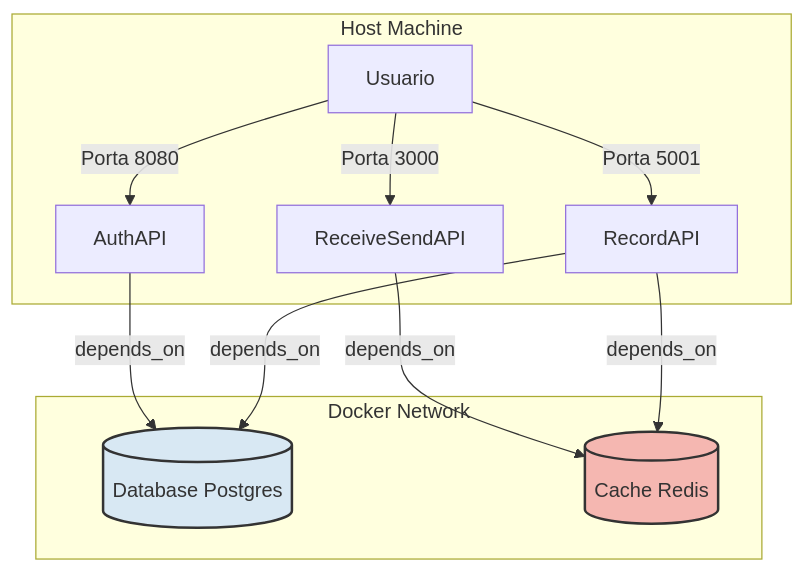
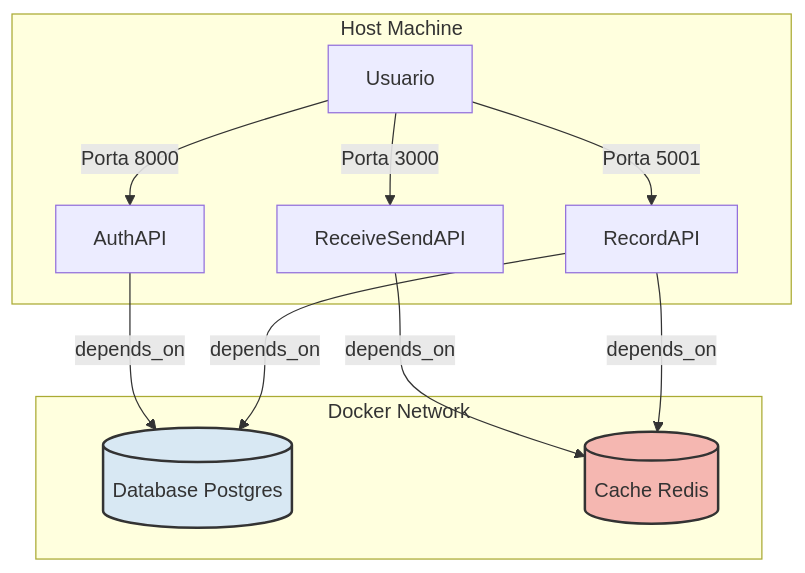
One commit to willian0komarcheski/teste changed the diagram in README.md. Above: the diagram before and after it, drawn with Mermaid. The commit also changed other lines of this file and 5 other files, not shown here.

````diff
--- a/README.md
+++ b/README.md
@@ -69,18 +69,18 @@
 ```mermaid
 graph TD
     subgraph "Host Machine"
-        Usuario --> |Porta 8080| AuthAPI
+        Usuario --> |Porta 8000| AuthAPI
         Usuario --> |Porta 3000| ReceiveSendAPI
         Usuario --> |Porta 5001| RecordAPI
     end
 
     subgraph "Docker Network"
         AuthAPI -- depends_on --> DB[(Database Postgres)]
         ReceiveSendAPI -- depends_on --> Redis[(Cache Redis)]
         RecordAPI -- depends_on --> DB
         RecordAPI -- depends_on --> Redis
     end
 
     style DB fill:#D8E8F3,stroke:#333,stroke-width:2px
     style Redis fill:#F5B7B1,stroke:#333,stroke-width:2px
 ```
````
